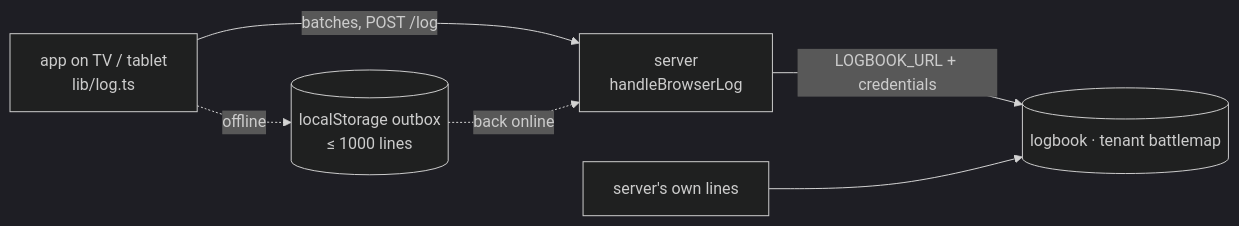
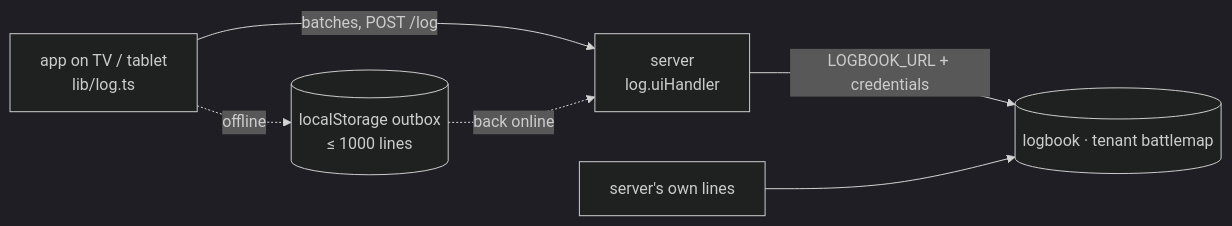
Before and after one commit to KasparOrange/battlemap: the fourth of 4 diagrams in v2/docs/architecture.md, drawn with Mermaid (dark theme). The commit also changed other lines of this file and 23 other files, not shown here.

````diff
--- a/v2/docs/architecture.md
+++ b/v2/docs/architecture.md
@@ -400,8 +400,8 @@
 ```mermaid
 flowchart LR
-  A[app on TV / tablet<br/>lib/log.ts] -- batches, POST /log --> S[server<br/>handleBrowserLog]
+  A[app on TV / tablet<br/>lib/log.ts] -- batches, POST /log --> S[server<br/>log.uiHandler]
   A -. offline .-> O[(localStorage outbox<br/>≤ 1000 lines)]
   O -. back online .-> S
   S -- LOGBOOK_URL + credentials --> M[(logbook · tenant battlemap)]
   SV[server's own lines] --> M
 ```
````
